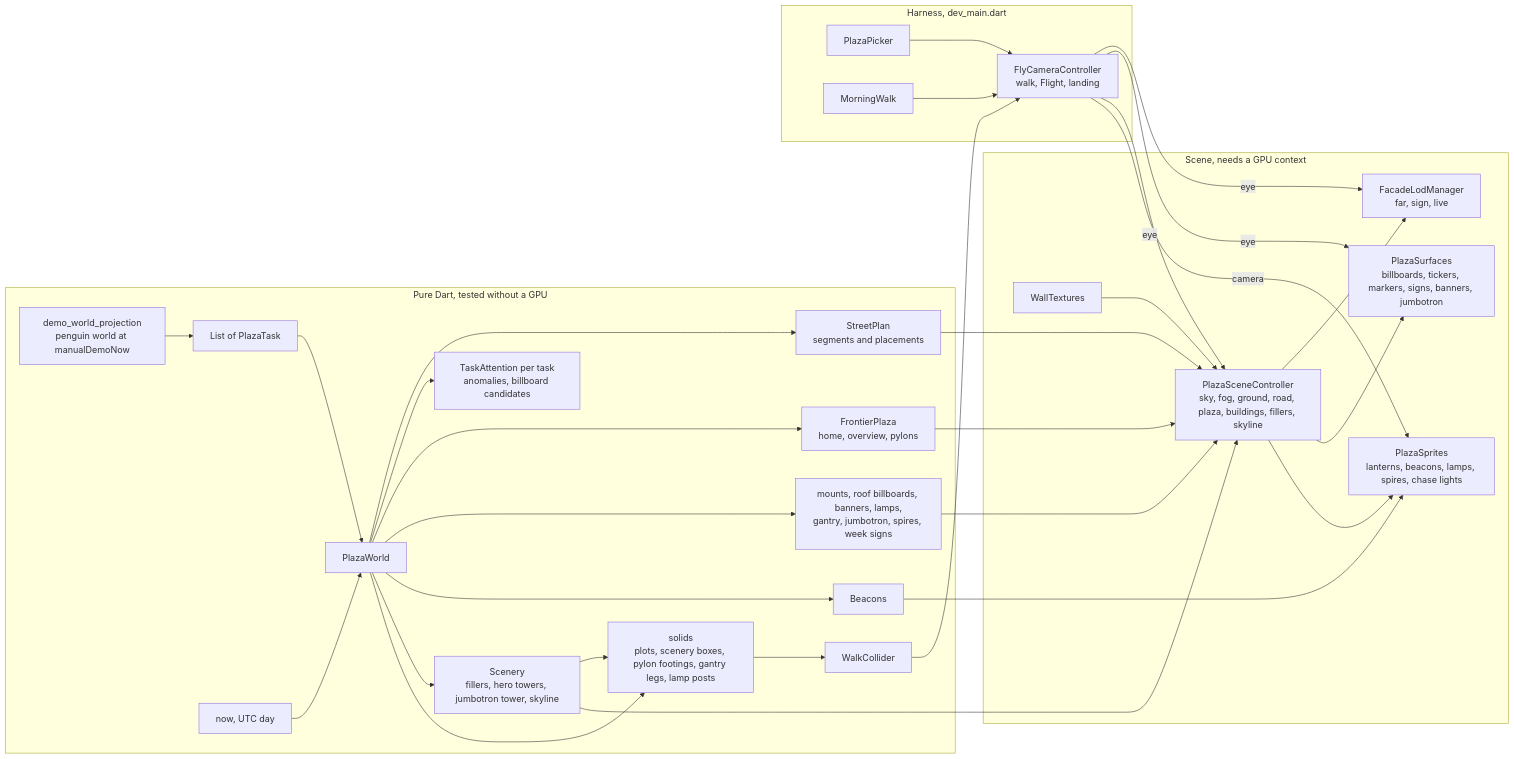
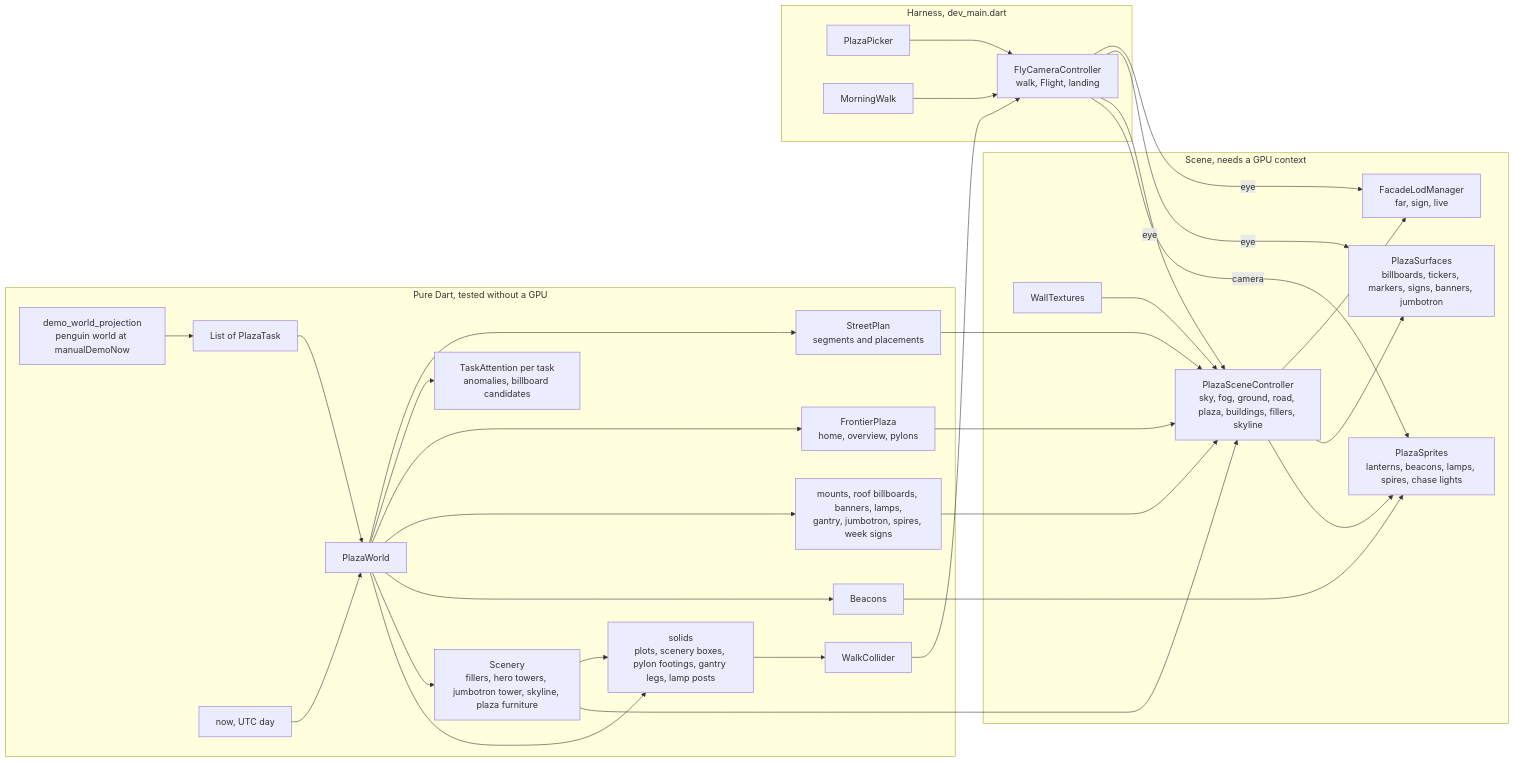
Before and after one commit to matthiasn/lotti: the first of 4 diagrams in knowledge/features/plaza.md, drawn with Mermaid. The commit also changed other lines of this file and 11 other files, not shown here.

````diff
--- a/knowledge/features/plaza.md
+++ b/knowledge/features/plaza.md
@@ -99,37 +99,37 @@
 ```mermaid
 flowchart LR
   subgraph pure ["Pure Dart, tested without a GPU"]
     Demo["demo_world_projection<br/>penguin world at manualDemoNow"] --> Tasks["List of PlazaTask"]
     Tasks --> World["PlazaWorld"]
     Clock["now, UTC day"] --> World
     World --> Plan["StreetPlan<br/>segments and placements"]
     World --> Att["TaskAttention per task<br/>anomalies, billboard candidates"]
     World --> Plaza["FrontierPlaza<br/>home, overview, pylons"]
     World --> Overlays["mounts, roof billboards, banners, lamps,<br/>gantry, jumbotron, spires, week signs"]
     World --> Beacons["Beacons"]
-    World --> Scenery["Scenery<br/>fillers, hero towers, jumbotron tower, skyline"]
+    World --> Scenery["Scenery<br/>fillers, hero towers, jumbotron tower, skyline, plaza furniture"]
     World --> Solids["solids<br/>plots, scenery boxes, pylon footings, gantry legs, lamp posts"]
     Scenery --> Solids
     Solids --> Collider["WalkCollider"]
   end
   subgraph scene ["Scene, needs a GPU context"]
     Plan --> Ctl["PlazaSceneController<br/>sky, fog, ground, road, plaza, buildings, fillers, skyline"]
     Scenery --> Ctl
     Plaza --> Ctl
     Overlays --> Ctl
     Walls["WallTextures"] --> Ctl
     Ctl --> LOD["FacadeLodManager<br/>far, sign, live"]
     Ctl --> Surfaces["PlazaSurfaces<br/>billboards, tickers, markers, signs, banners, jumbotron"]
     Ctl --> Sprites["PlazaSprites<br/>lanterns, beacons, lamps, spires, chase lights"]
     Beacons --> Sprites
   end
   subgraph harness ["Harness, dev_main.dart"]
     Cam["FlyCameraController<br/>walk, Flight, landing"] -->|eye| LOD
     Cam -->|eye| Surfaces
     Cam -->|eye| Ctl
     Cam -->|camera| Sprites
     Picker["PlazaPicker"] --> Cam
     Walk["MorningWalk"] --> Cam
     Collider --> Cam
   end
 ```
````
